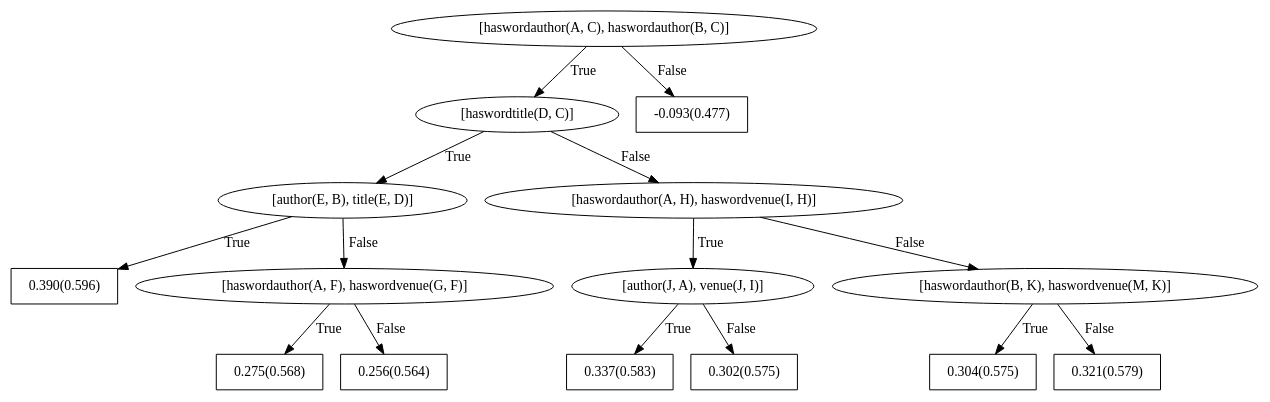
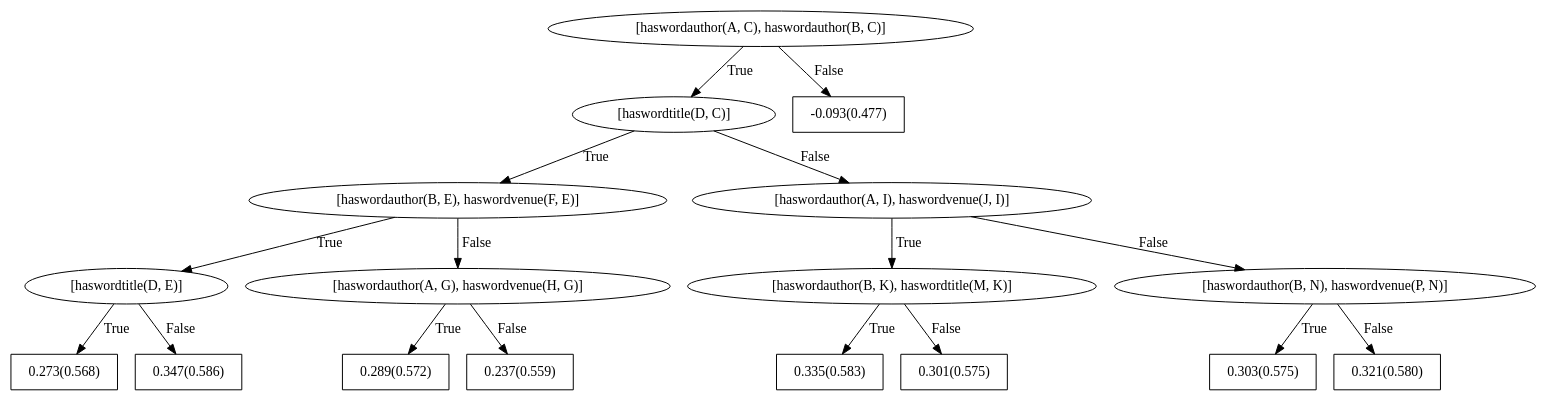
Before and after one commit to hayesall/Walk-ER: the diagram in datasets/Cora/train/models/bRDNs/dotFiles/WILLTreeFor_sameauthor4.dot, drawn with Graphviz. The commit also changed 71 other files, not shown here.

Commit message:
mode_comparator worked for Cora, I do not think WebKB is significant since the graph is so small.

```diff
--- a/datasets/Cora/train/models/bRDNs/dotFiles/WILLTreeFor_sameauthor4.dot
+++ b/datasets/Cora/train/models/bRDNs/dotFiles/WILLTreeFor_sameauthor4.dot
@@ -1,31 +1,35 @@
 digraph G{ 
 1[label = "[haswordauthor(A, C), haswordauthor(B, C)]"];
 1 -> 2[label="True"];
 1 -> 3[label="False"];
 2[label = "[haswordtitle(D, C)]"];
 2 -> 4[label="True"];
 2 -> 5[label="False"];
-4[label = "[author(E, B), title(E, D)]"];
+4[label = "[haswordauthor(B, E), haswordvenue(F, E)]"];
 4 -> 6[label="True"];
 4 -> 7[label="False"];
-6[shape = box,label = "0.390(0.596)"];
-7[label = "[haswordauthor(A, F), haswordvenue(G, F)]"];
-7 -> 8[label="True"];
-7 -> 9[label="False"];
-8[shape = box,label = "0.275(0.568)"];
-9[shape = box,label = "0.256(0.564)"];
-5[label = "[haswordauthor(A, H), haswordvenue(I, H)]"];
-5 -> 10[label="True"];
-5 -> 11[label="False"];
-10[label = "[author(J, A), venue(J, I)]"];
-10 -> 12[label="True"];
-10 -> 13[label="False"];
-12[shape = box,label = "0.337(0.583)"];
-13[shape = box,label = "0.302(0.575)"];
-11[label = "[haswordauthor(B, K), haswordvenue(M, K)]"];
-11 -> 14[label="True"];
-11 -> 15[label="False"];
-14[shape = box,label = "0.304(0.575)"];
-15[shape = box,label = "0.321(0.579)"];
+6[label = "[haswordtitle(D, E)]"];
+6 -> 8[label="True"];
+6 -> 9[label="False"];
+8[shape = box,label = "0.273(0.568)"];
+9[shape = box,label = "0.347(0.586)"];
+7[label = "[haswordauthor(A, G), haswordvenue(H, G)]"];
+7 -> 10[label="True"];
+7 -> 11[label="False"];
+10[shape = box,label = "0.289(0.572)"];
+11[shape = box,label = "0.237(0.559)"];
+5[label = "[haswordauthor(A, I), haswordvenue(J, I)]"];
+5 -> 12[label="True"];
+5 -> 13[label="False"];
+12[label = "[haswordauthor(B, K), haswordtitle(M, K)]"];
+12 -> 14[label="True"];
+12 -> 15[label="False"];
+14[shape = box,label = "0.335(0.583)"];
+15[shape = box,label = "0.301(0.575)"];
+13[label = "[haswordauthor(B, N), haswordvenue(P, N)]"];
+13 -> 16[label="True"];
+13 -> 17[label="False"];
+16[shape = box,label = "0.303(0.575)"];
+17[shape = box,label = "0.321(0.580)"];
 3[shape = box,label = "-0.093(0.477)"];
 }
```
